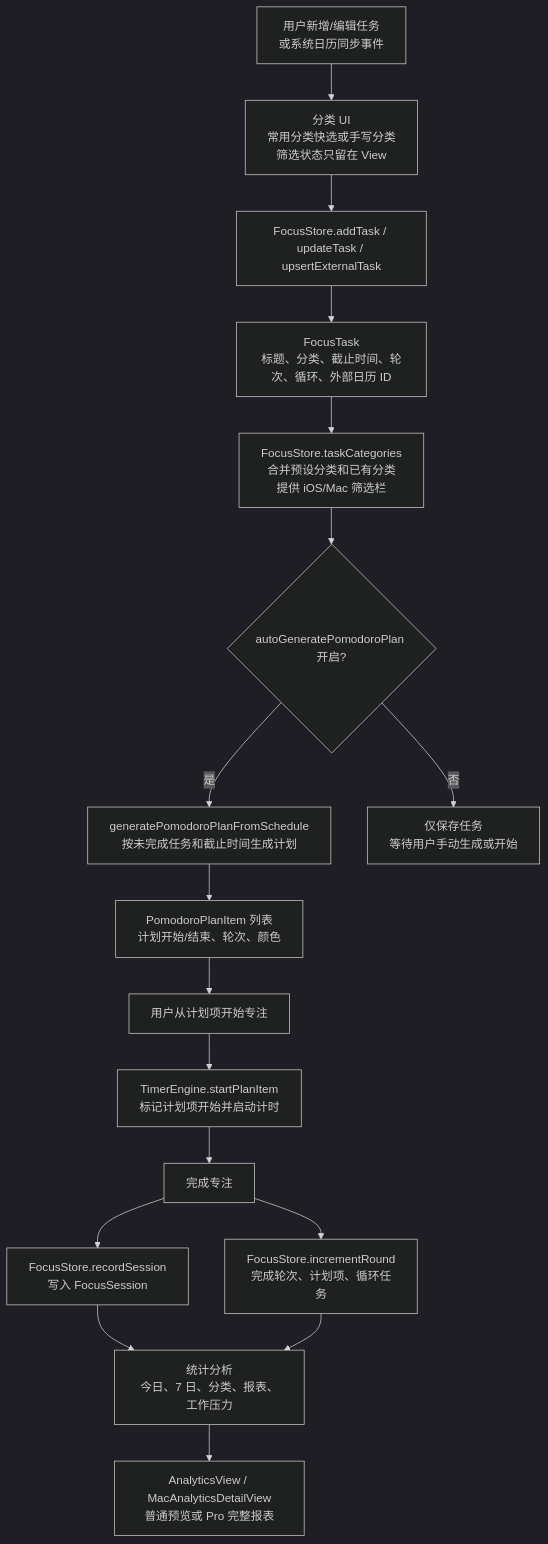
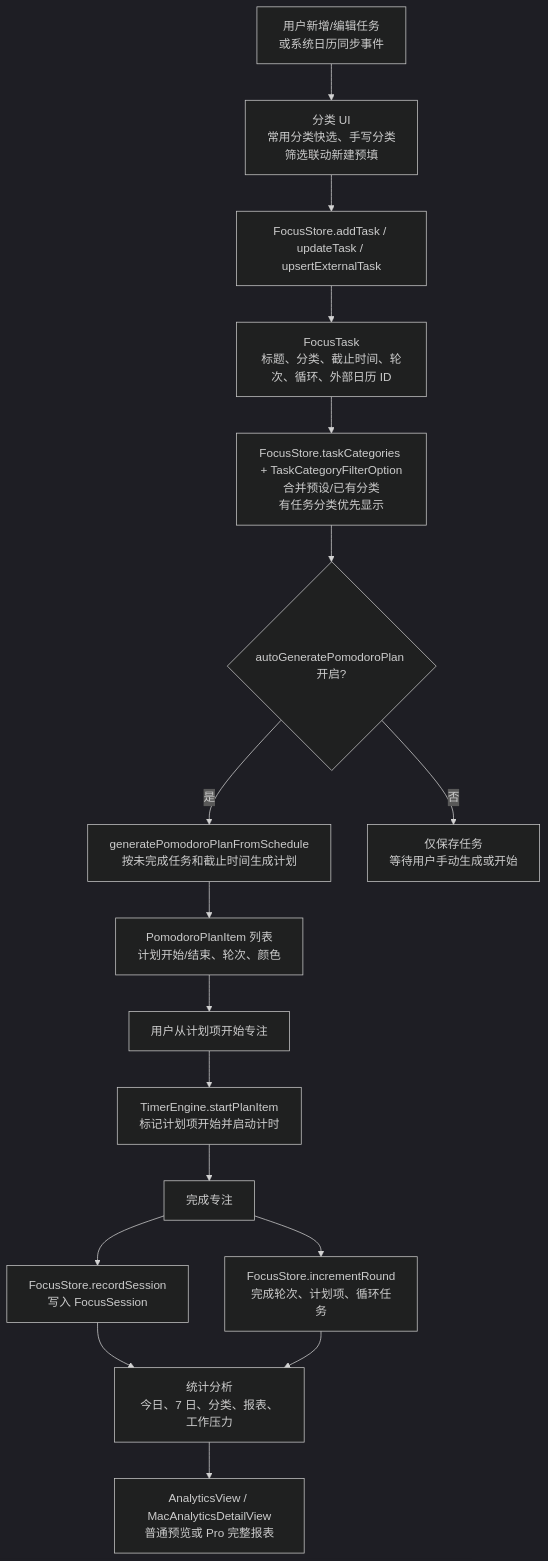
One commit to Altman-sam114/114 changed the third of 6 diagrams in md/flow/flowchart.md. Above: the diagram before and after it, drawn with Mermaid (dark theme). The commit also changed other lines of this file and 11 other files, not shown here.

````diff
--- a/md/flow/flowchart.md
+++ b/md/flow/flowchart.md
@@ -63,19 +63,19 @@
 ```mermaid
 flowchart TD
-  A["用户新增/编辑任务<br/>或系统日历同步事件"] --> P0["分类 UI<br/>常用分类快选或手写分类<br/>筛选状态只留在 View"]
+  A["用户新增/编辑任务<br/>或系统日历同步事件"] --> P0["分类 UI<br/>常用分类快选、手写分类<br/>筛选联动新建预填"]
   P0 --> B["FocusStore.addTask / updateTask / upsertExternalTask"]
   B --> C["FocusTask<br/>标题、分类、截止时间、轮次、循环、外部日历 ID"]
-  C --> C2["FocusStore.taskCategories<br/>合并预设分类和已有分类<br/>提供 iOS/Mac 筛选栏"]
+  C --> C2["FocusStore.taskCategories + TaskCategoryFilterOption<br/>合并预设/已有分类<br/>有任务分类优先显示"]
   C2 --> D{"autoGeneratePomodoroPlan 开启?"}
   D -->|是| E["generatePomodoroPlanFromSchedule<br/>按未完成任务和截止时间生成计划"]
   D -->|否| F["仅保存任务<br/>等待用户手动生成或开始"]
   E --> G["PomodoroPlanItem 列表<br/>计划开始/结束、轮次、颜色"]
   G --> H["用户从计划项开始专注"]
   H --> I["TimerEngine.startPlanItem<br/>标记计划项开始并启动计时"]
   I --> J["完成专注"]
   J --> K["FocusStore.incrementRound<br/>完成轮次、计划项、循环任务"]
   J --> L["FocusStore.recordSession<br/>写入 FocusSession"]
   L --> M["统计分析<br/>今日、7 日、分类、报表、工作压力"]
   K --> M
   M --> N["AnalyticsView / MacAnalyticsDetailView<br/>普通预览或 Pro 完整报表"]
 ```
````
